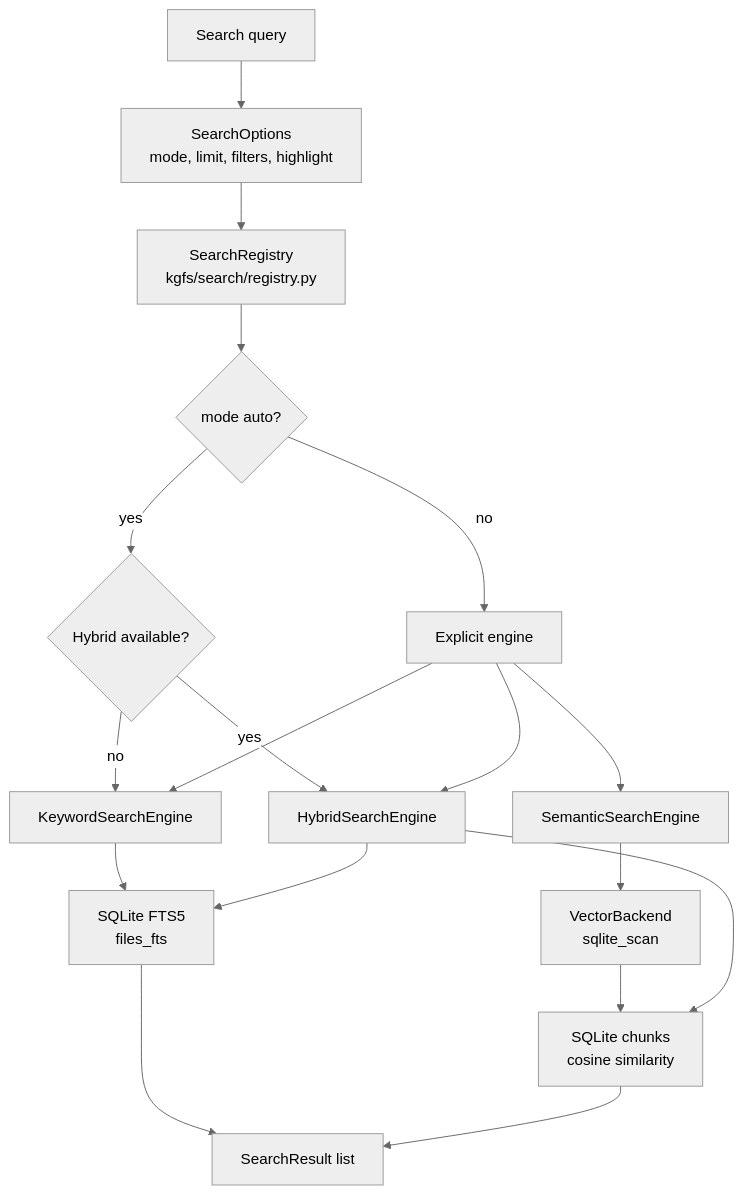
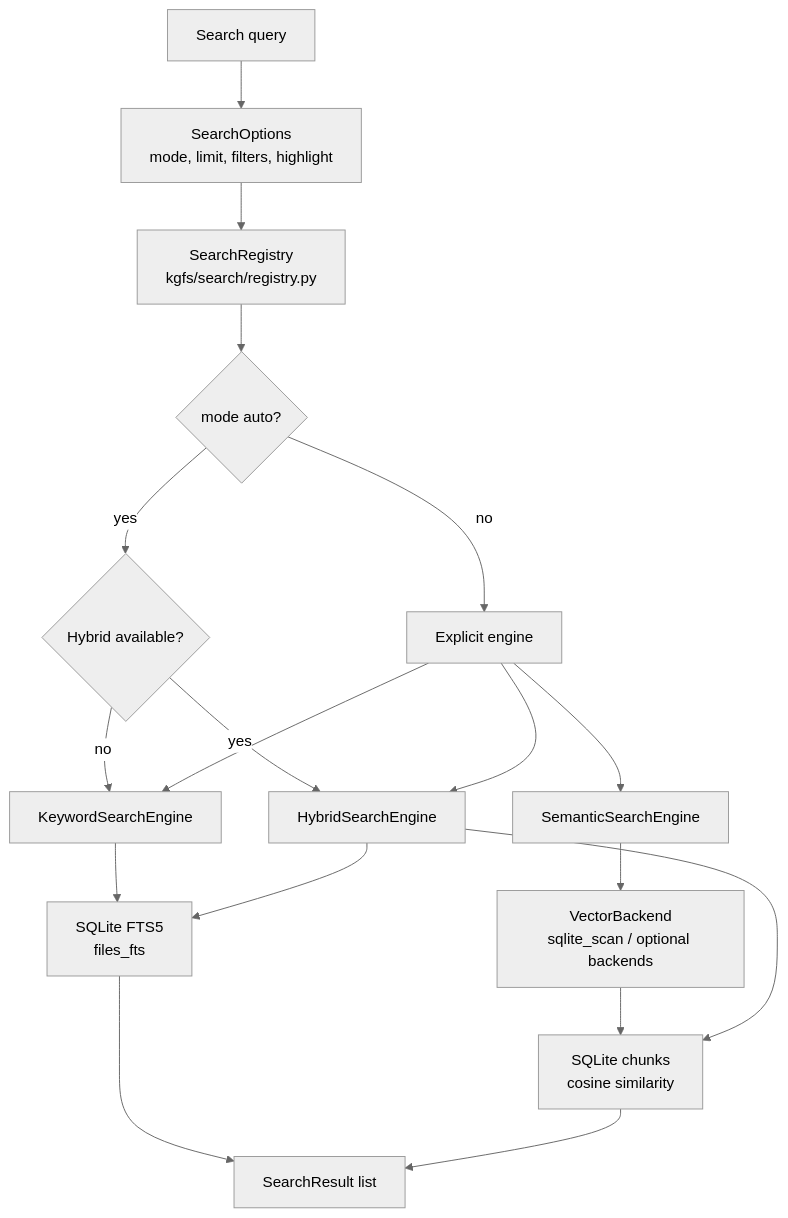
Before and after one commit to Kgray44/KG-File-Search: the third of 5 diagrams in docs/architecture.md, drawn with Mermaid (neutral theme). The commit also changed other lines of this file and 35 other files, not shown here.

Commit message:
feat: add vector backend lab

````diff
--- a/docs/architecture.md
+++ b/docs/architecture.md
@@ -76,20 +76,20 @@
 ```mermaid
 flowchart TD
     Query["Search query"] --> Options["SearchOptions\nmode, limit, filters, highlight"]
     Options --> Registry["SearchRegistry\nkgfs/search/registry.py"]
     Registry --> Auto{"mode auto?"}
     Auto -->|"yes"| HybridReady{"Hybrid available?"}
     HybridReady -->|"yes"| Hybrid["HybridSearchEngine"]
     HybridReady -->|"no"| Keyword["KeywordSearchEngine"]
     Auto -->|"no"| Explicit["Explicit engine"]
     Explicit --> Keyword
     Explicit --> Semantic["SemanticSearchEngine"]
     Explicit --> Hybrid
     Keyword --> FTS["SQLite FTS5\nfiles_fts"]
-    Semantic --> Backend["VectorBackend\nsqlite_scan"]
+    Semantic --> Backend["VectorBackend\nsqlite_scan / optional backends"]
     Backend --> Chunks["SQLite chunks\ncosine similarity"]
     Hybrid --> FTS
     Hybrid --> Chunks
     FTS --> Results["SearchResult list"]
     Chunks --> Results
 ```
````
